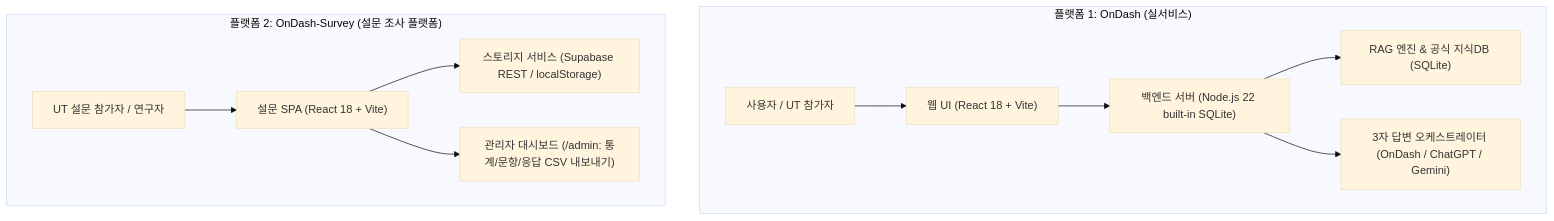
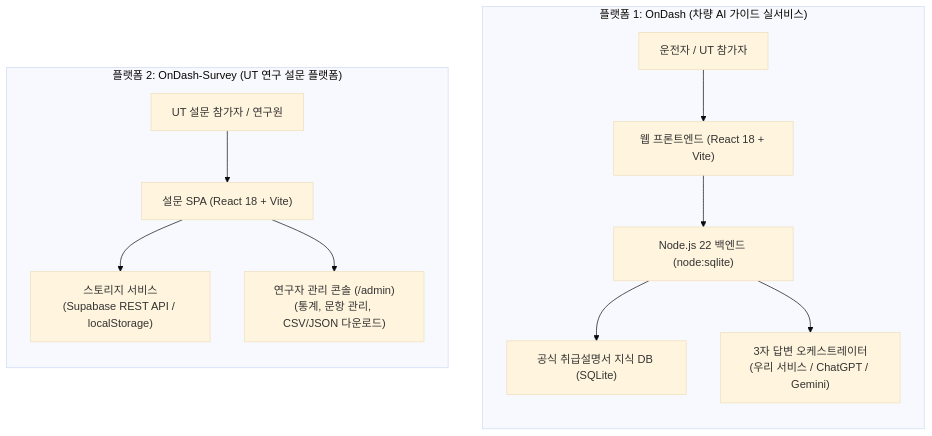
Before and after one commit to eeyunjung/OnDash: the first of 2 diagrams in HANDOVER_SPEC.md, drawn with Mermaid (base theme). The commit also changed other lines of this file, not shown here.

Commit message:
docs: update handover spec with git reinit and complete platform separation details

````diff
--- a/HANDOVER_SPEC.md
+++ b/HANDOVER_SPEC.md
@@ -16,15 +25,17 @@
 ```mermaid
 graph TD
-    subgraph Platform_1 ["플랫폼 1: OnDash (실서비스)"]
-        A1["사용자 / UT 참가자"] --> B1["웹 UI (React 18 + Vite)"]
-        B1 --> C1["백엔드 서버 (Node.js 22 built-in SQLite)"]
-        C1 --> D1["RAG 엔진 & 공식 지식DB (SQLite)"]
-        C1 --> E1["3자 답변 오케스트레이터 (OnDash / ChatGPT / Gemini)"]
+    subgraph Platform_1 ["플랫폼 1: OnDash (차량 AI 가이드 실서비스)"]
+        direction TB
+        User1["운전자 / UT 참가자"] --> FE1["웹 프론트엔드 (React 18 + Vite)"]
+        FE1 --> BE1["Node.js 22 백엔드 (node:sqlite)"]
+        BE1 --> RAG1["공식 취급설명서 지식 DB (SQLite)"]
+        BE1 --> Orch1["3자 답변 오케스트레이터<br>(우리 서비스 / ChatGPT / Gemini)"]
     end
 
-    subgraph Platform_2 ["플랫폼 2: OnDash-Survey (설문 조사 플랫폼)"]
-        A2["UT 설문 참가자 / 연구자"] --> B2["설문 SPA (React 18 + Vite)"]
-        B2 --> C2["스토리지 서비스 (Supabase REST / localStorage)"]
-        B2 --> D2["관리자 대시보드 (/admin: 통계/문항/응답 CSV 내보내기)"]
+    subgraph Platform_2 ["플랫폼 2: OnDash-Survey (UT 연구 설문 플랫폼)"]
+        direction TB
+        User2["UT 설문 참가자 / 연구원"] --> FE2["설문 SPA (React 18 + Vite)"]
+        FE2 --> Store2["스토리지 서비스<br>(Supabase REST API / localStorage)"]
+        FE2 --> Admin2["연구자 관리 콘솔 (/admin)<br>(통계, 문항 관리, CSV/JSON 다운로드)"]
     end
 ```
````
